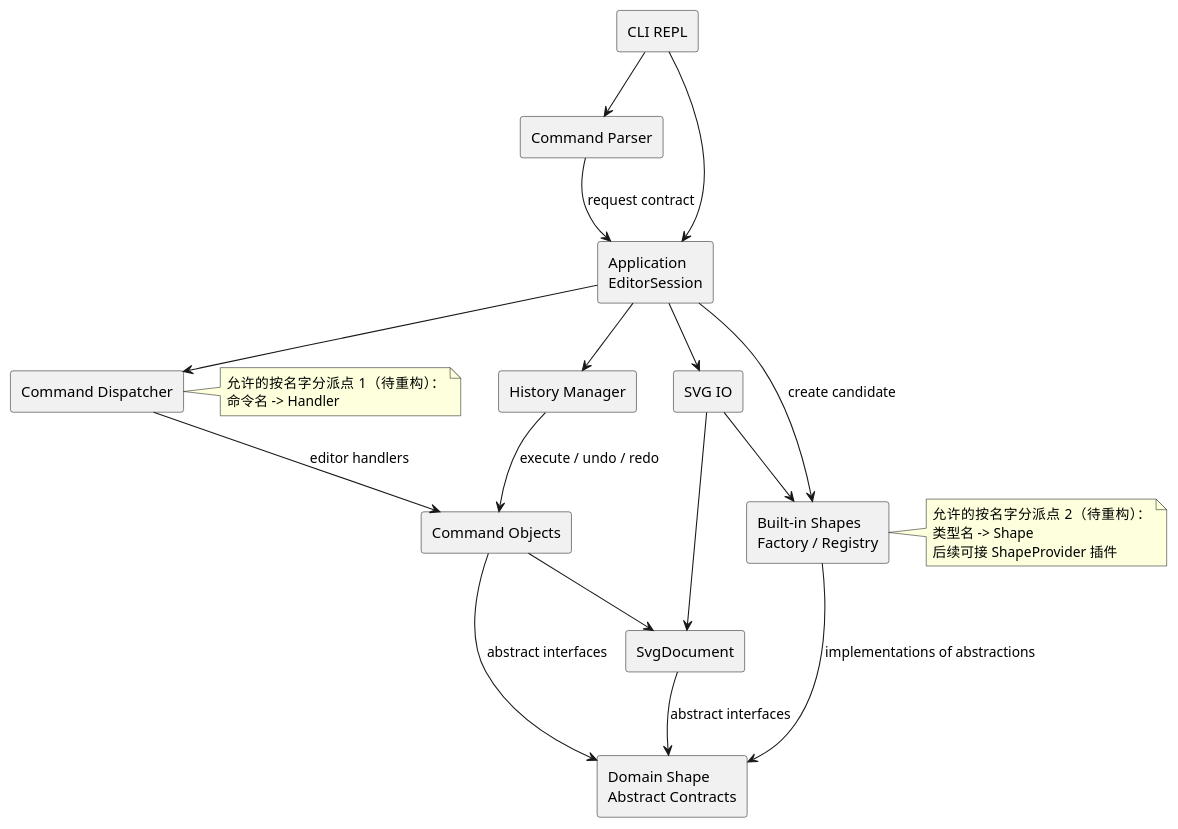
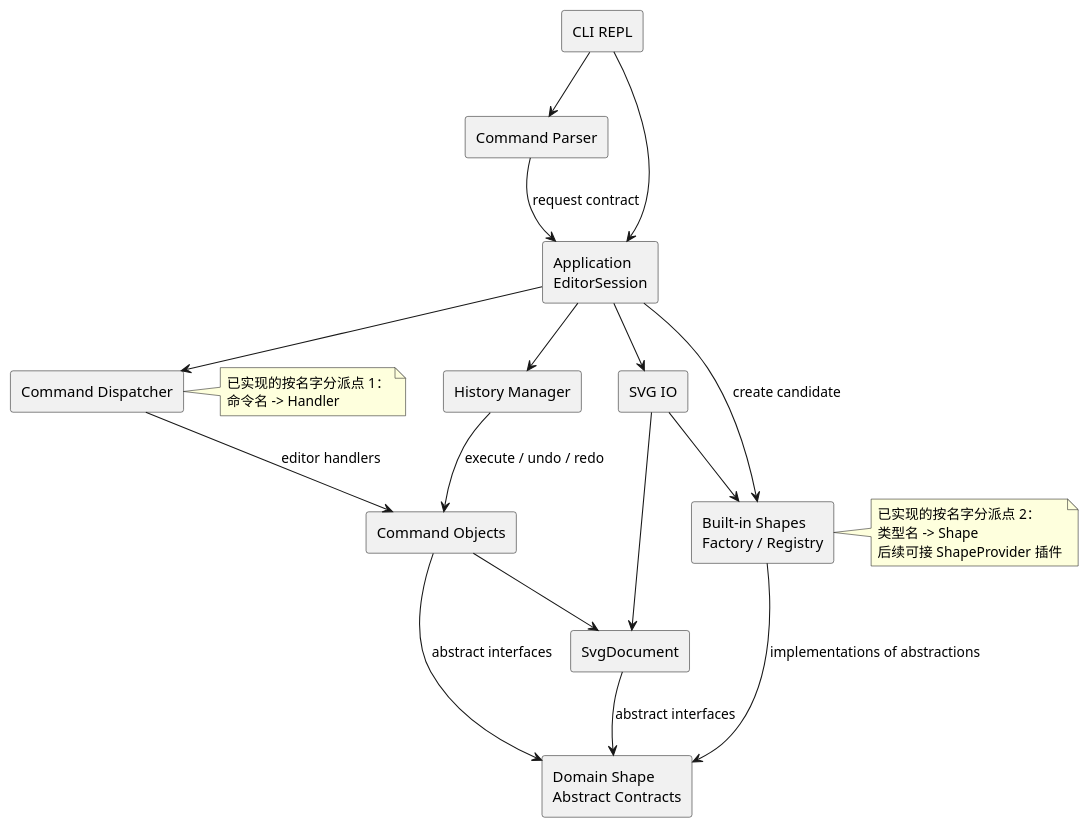
One commit to Mengyzh-2003/SVG-cli changed the diagram in doc/README.md. Above: the diagram before and after it, drawn with PlantUML. The commit also changed other lines of this file and 1 other file, not shown here.

Commit message:
docs: record stage 4C acceptance and update architecture status

````diff
--- a/doc/README.md
+++ b/doc/README.md
@@ -90,43 +90,43 @@
 ```plantuml
 @startuml
 skinparam componentStyle rectangle
 
 component "CLI REPL" as cli
 component "Command Parser" as parser
 component "Application\nEditorSession" as app
 component "Command Dispatcher" as dispatcher
 component "History Manager" as history
 component "Command Objects" as commands
 component "SVG IO" as io
 component "Built-in Shapes\nFactory / Registry" as factory
 component "SvgDocument" as document
 component "Domain Shape\nAbstract Contracts" as shapes
 
 cli --> parser
 cli --> app
 parser --> app : request contract
 app --> dispatcher
 app --> history
 app --> factory : create candidate
 dispatcher --> commands : editor handlers
 history --> commands : execute / undo / redo
 commands --> document
 commands --> shapes : abstract interfaces
 document --> shapes : abstract interfaces
 app --> io
 io --> factory
 factory --> shapes : implementations of abstractions
 io --> document
 
 note right of dispatcher
-允许的按名字分派点 1（待重构）：
+已实现的按名字分派点 1：
 命令名 -> Handler
 end note
 
 note right of factory
-允许的按名字分派点 2（待重构）：
+已实现的按名字分派点 2：
 类型名 -> Shape
 后续可接 ShapeProvider 插件
 end note
 @enduml
 ```
````
